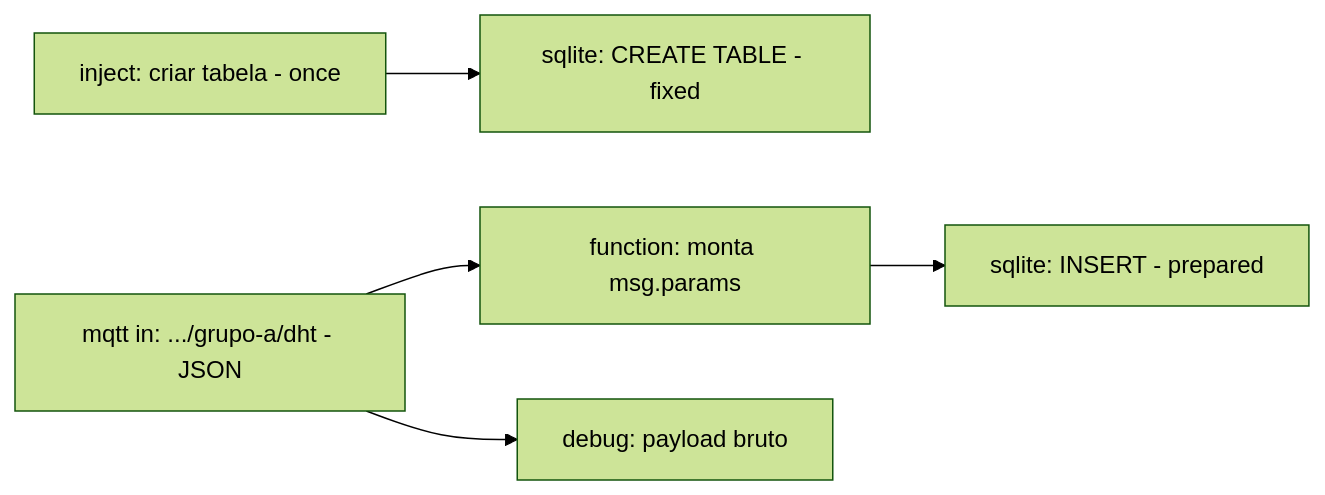
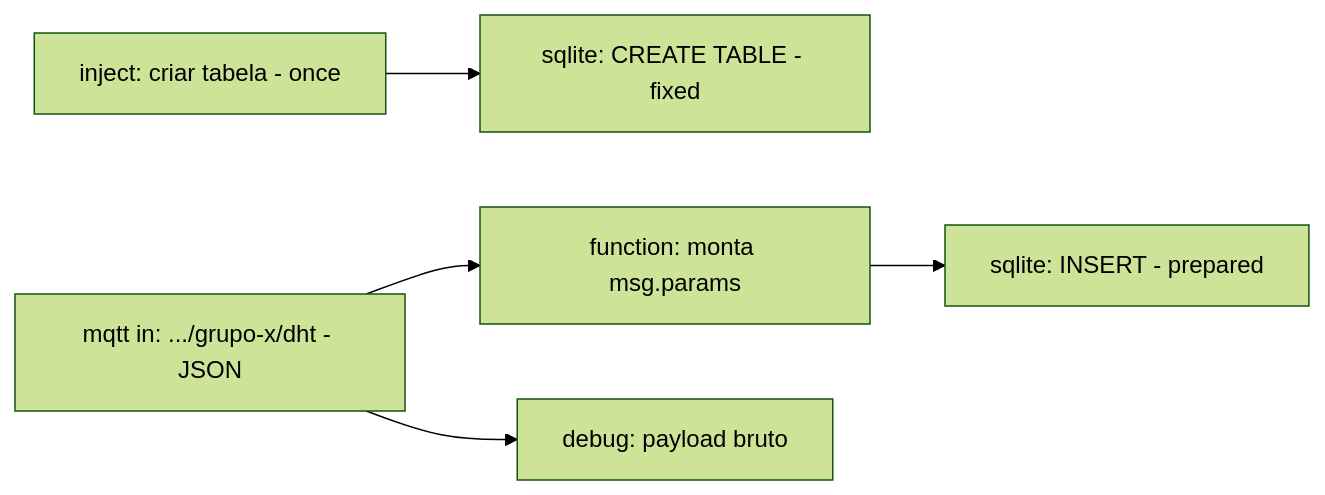
Before and after one commit to ruseleredu/iiot-docs: the second of 2 diagrams in labs-docs/LAB06-old.mdx, drawn with Mermaid (forest theme). The commit also changed other lines of this file and 11 other files, not shown here.

````diff
--- a/labs-docs/LAB06-old.mdx
+++ b/labs-docs/LAB06-old.mdx
@@ -196,7 +196,7 @@
 ```mermaid
 flowchart LR
   I1[inject: criar tabela - once] --> S1[sqlite: CREATE TABLE - fixed]
-  M[mqtt in: .../grupo-a/dht - JSON] --> F[function: monta msg.params]
+  M[mqtt in: .../grupo-x/dht - JSON] --> F[function: monta msg.params]
   M --> D0[debug: payload bruto]
   F --> S2[sqlite: INSERT - prepared]
 ```
````
